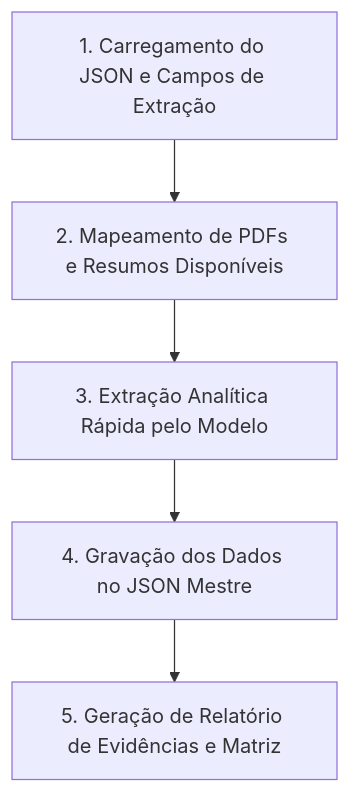
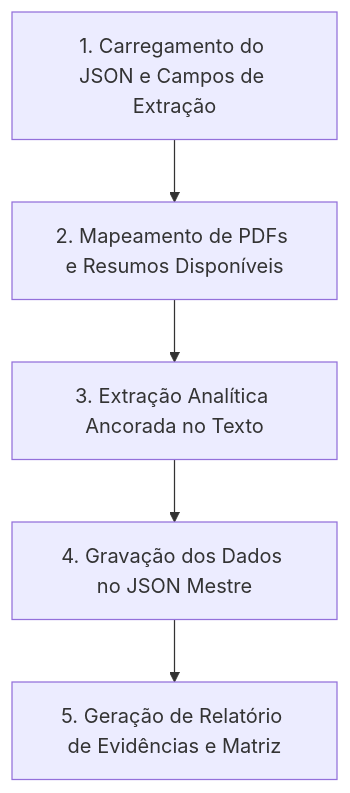
Before and after one commit to eduardomatheusfigueira/RSAC: the diagram in .agents/skills/extracao-revisao-sistematica/SKILL.md, drawn with Mermaid. The commit also changed other lines of this file and 1 other file, not shown here.

````diff
--- a/.agents/skills/extracao-revisao-sistematica/SKILL.md
+++ b/.agents/skills/extracao-revisao-sistematica/SKILL.md
@@ -21,7 +35,7 @@
 ```mermaid
 graph TD
     A[1. Carregamento do JSON e Campos de Extração] --> B[2. Mapeamento de PDFs e Resumos Disponíveis]
-    B --> C[3. Extração Analítica Rápida pelo Modelo]
+    B --> C[3. Extração Analítica Ancorada no Texto]
     C --> D[4. Gravação dos Dados no JSON Mestre]
     D --> E[5. Geração de Relatório de Evidências e Matriz]
 ```
````
